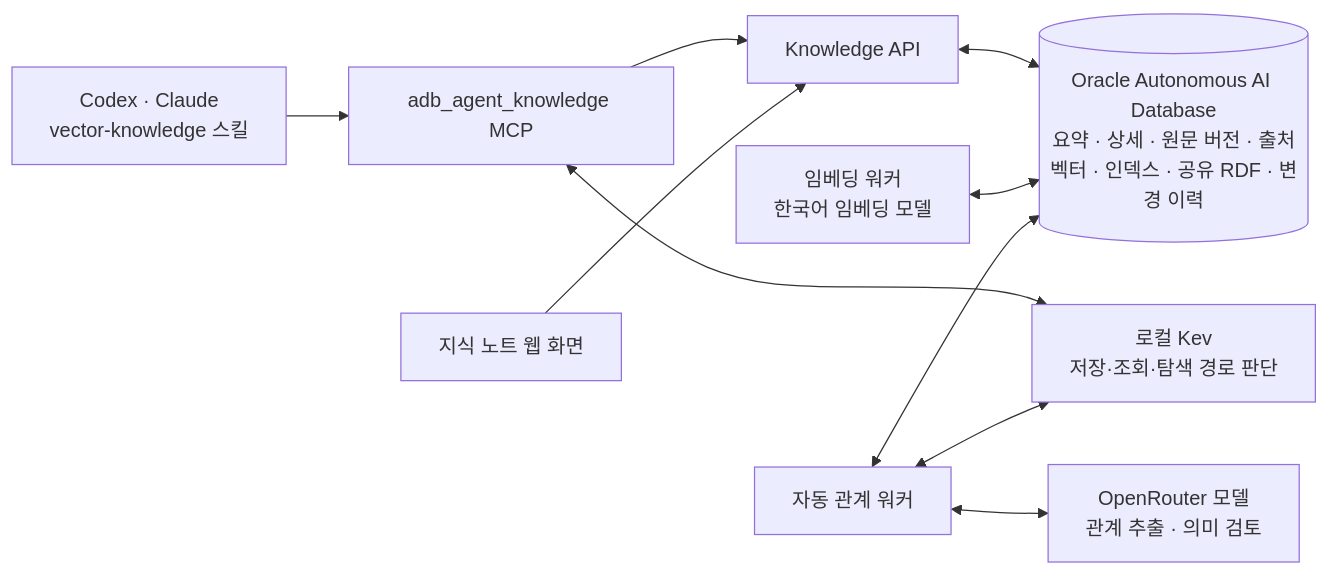
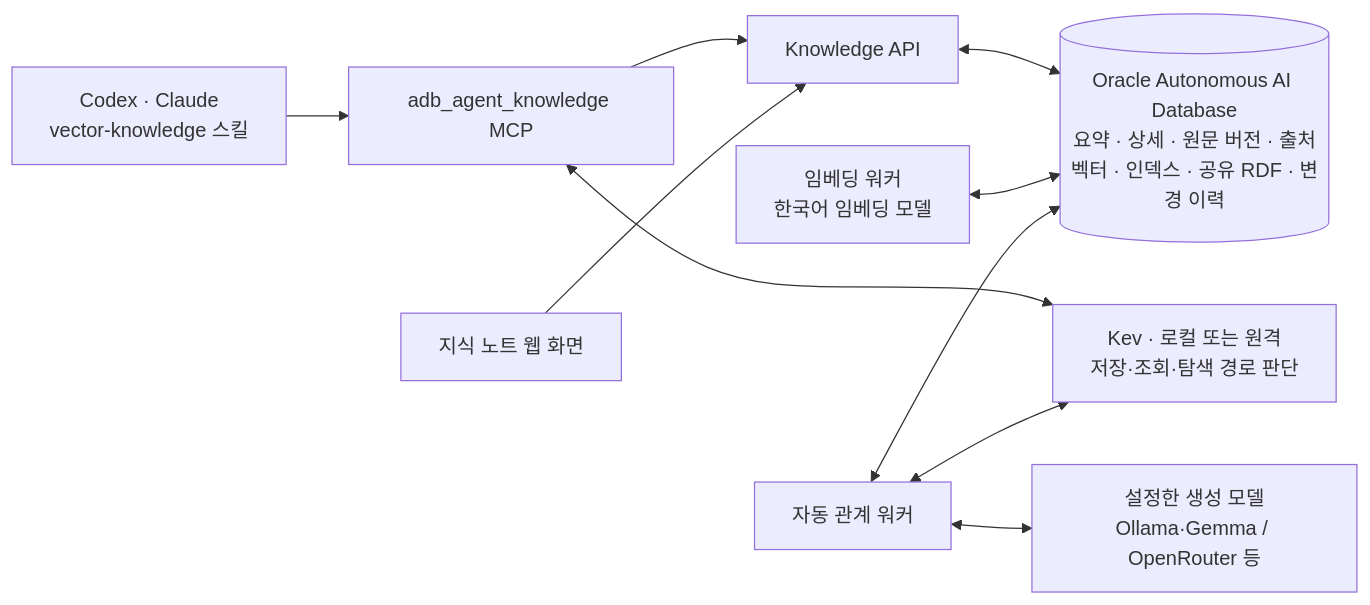
Before and after one commit to devmrko/adb-agent-knowledge: the first of 5 diagrams in docs/guides/storage-retrieval-flow.md, drawn with Mermaid. The commit also changed other lines of this file and 1 other file, not shown here.

````diff
--- a/docs/guides/storage-retrieval-flow.md
+++ b/docs/guides/storage-retrieval-flow.md
@@ -7,12 +7,12 @@
 ```mermaid
 flowchart LR
     Agent["Codex · Claude<br/>vector-knowledge 스킬"] --> MCP["adb_agent_knowledge MCP"]
     MCP --> API["Knowledge API"]
     UI["지식 노트 웹 화면"] --> API
-    MCP <--> Kev["로컬 Kev<br/>저장·조회·탐색 경로 판단"]
+    MCP <--> Kev["Kev · 로컬 또는 원격<br/>저장·조회·탐색 경로 판단"]
     API <--> DB[("Oracle Autonomous AI Database<br/>요약 · 상세 · 원문 버전 · 출처<br/>벡터 · 인덱스 · 공유 RDF · 변경 이력")]
     Worker["임베딩 워커<br/>한국어 임베딩 모델"] <--> DB
     GraphWorker["자동 관계 워커"] <--> DB
     GraphWorker <--> Kev
-    GraphWorker <--> LLM["OpenRouter 모델<br/>관계 추출 · 의미 검토"]
+    GraphWorker <--> LLM["설정한 생성 모델<br/>Ollama·Gemma / OpenRouter 등"]
 ```
````
